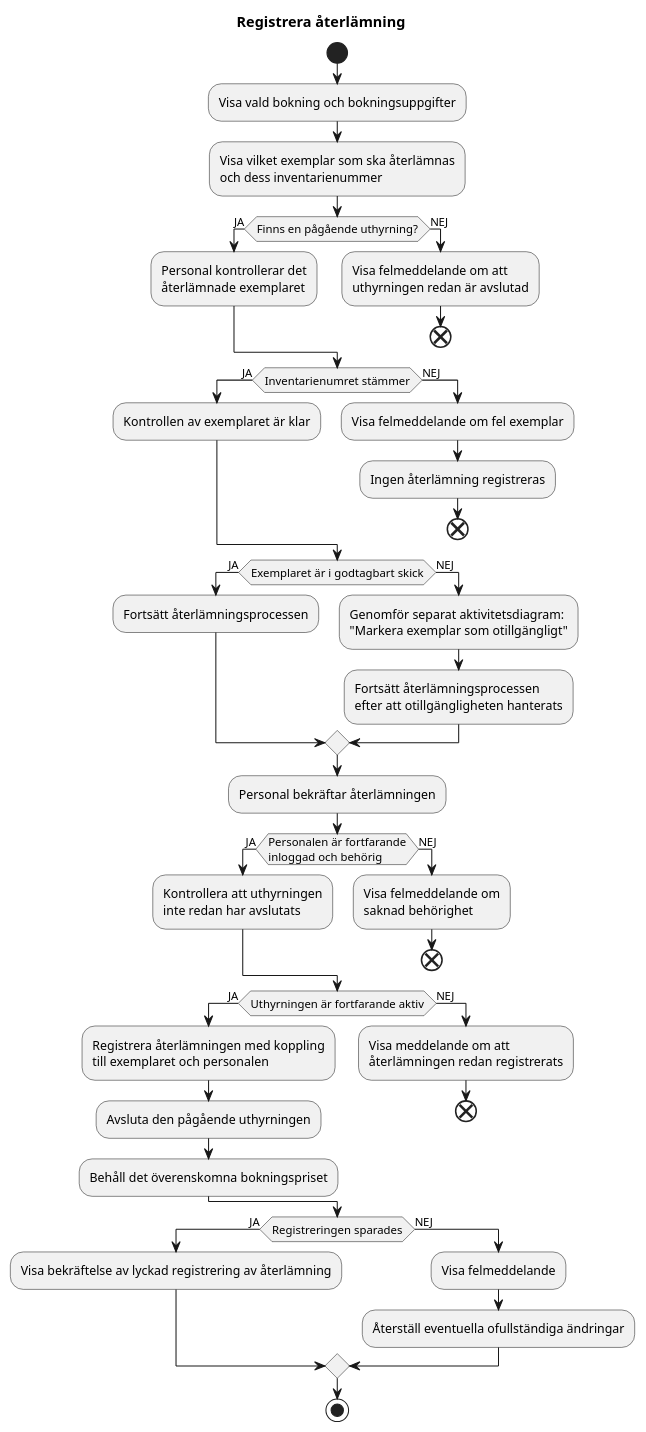
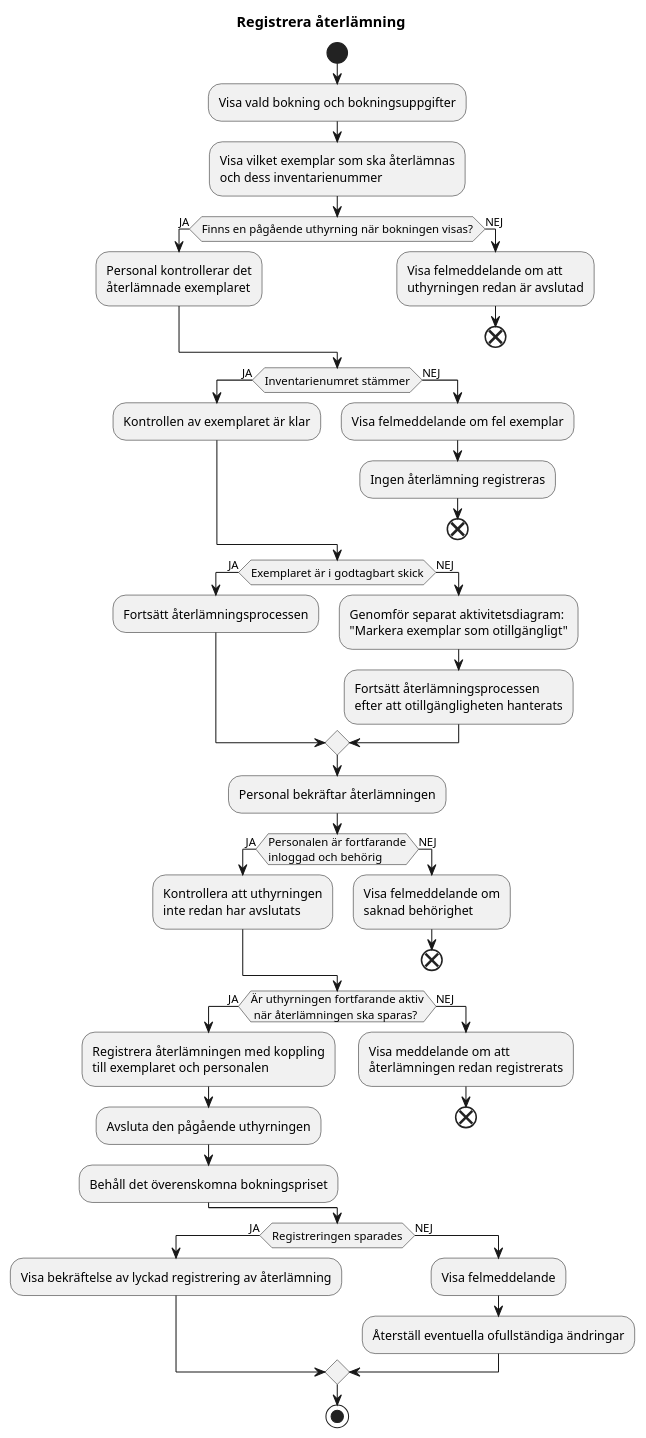
Before and after one commit to miablidberg-nackademin-ooad/SXXBookingSystemRegisterReturn: the diagram in diagrams/register_return_activity_diagram.plantuml, drawn with PlantUML.

Commit message:
Update activity diagram

```diff
--- a/diagrams/register_return_activity_diagram.plantuml
+++ b/diagrams/register_return_activity_diagram.plantuml
@@ -1,67 +1,67 @@
 @startuml registrer_return
 title Registrera återlämning
 
 start
 
 :Visa vald bokning och bokningsuppgifter;
 :Visa vilket exemplar som ska återlämnas
 och dess inventarienummer;
 
-if (Finns en pågående uthyrning?) then (JA)
+if (Finns en pågående uthyrning när bokningen visas?) then (JA)
     :Personal kontrollerar det
     återlämnade exemplaret;
 else (NEJ)
     :Visa felmeddelande om att
     uthyrningen redan är avslutad;
     end
 endif
 
 if (Inventarienumret stämmer) then (JA)
     :Kontrollen av exemplaret är klar;
 else (NEJ)
     :Visa felmeddelande om fel exemplar;
     :Ingen återlämning registreras;
     end
 endif
 
 if (Exemplaret är i godtagbart skick) then (JA)
     :Fortsätt återlämningsprocessen;
 else (NEJ)
     :Genomför separat aktivitetsdiagram:
     "Markera exemplar som otillgängligt";
     :Fortsätt återlämningsprocessen
     efter att otillgängligheten hanterats;
 endif
 
 :Personal bekräftar återlämningen;
 
 if (Personalen är fortfarande
 inloggad och behörig) then (JA)
     :Kontrollera att uthyrningen
     inte redan har avslutats;
 else (NEJ)
     :Visa felmeddelande om
     saknad behörighet;
     end
 endif
 
-if (Uthyrningen är fortfarande aktiv) then (JA)
+if (Är uthyrningen fortfarande aktiv\n när återlämningen ska sparas?) then (JA)
     :Registrera återlämningen med koppling
     till exemplaret och personalen;
     :Avsluta den pågående uthyrningen;
     :Behåll det överenskomna bokningspriset;
 else (NEJ)
     :Visa meddelande om att
     återlämningen redan registrerats;
     end
 endif
 
 if (Registreringen sparades) then (JA)
     :Visa bekräftelse av lyckad registrering av återlämning;
 else (NEJ)
     :Visa felmeddelande;
     :Återställ eventuella ofullständiga ändringar;
 endif
 
 stop
 @enduml
```
